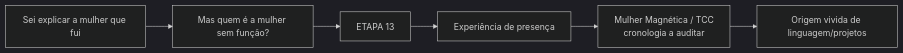
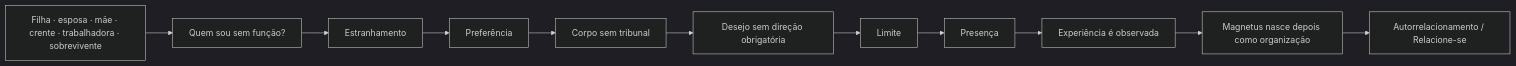
The fifth of 5 diagrams in 01_MORTE_EM_VIDA/MAPA_VISUAL_PARTE_IV_ATUAL.md (Sollimastudio/trilogia-sol-lima), drawn with Mermaid (dark theme) before and after one commit. The commit also changed other lines of this file, not shown here.

Commit message:
Atualiza mapa visual com a crianca e a mulher da Etapa 13

````diff
--- a/01_MORTE_EM_VIDA/MAPA_VISUAL_PARTE_IV_ATUAL.md
+++ b/01_MORTE_EM_VIDA/MAPA_VISUAL_PARTE_IV_ATUAL.md
@@ -54,8 +60,13 @@
 ```mermaid
 flowchart LR
-A[Sei explicar a mulher que fui] --> B[Mas quem é a mulher sem função?]
-B --> C[ETAPA 13]
-C --> D[Experiência de presença]
-D --> E[Mulher Magnética / TCC\ncronologia a auditar]
-E --> F[Origem vivida de linguagem/projetos]
+A[Filha · esposa · mãe · crente · trabalhadora · sobrevivente] --> B[Quem sou sem função?]
+B --> C[Estranhamento]
+C --> D[Preferência]
+D --> E[Corpo sem tribunal]
+E --> F[Desejo sem direção obrigatória]
+F --> G[Limite]
+G --> H[Presença]
+H --> I[Experiência é observada]
+I --> J[Magnetus nasce depois como organização]
+J --> K[Autorrelacionamento / Relacione-se]
 ```
````
